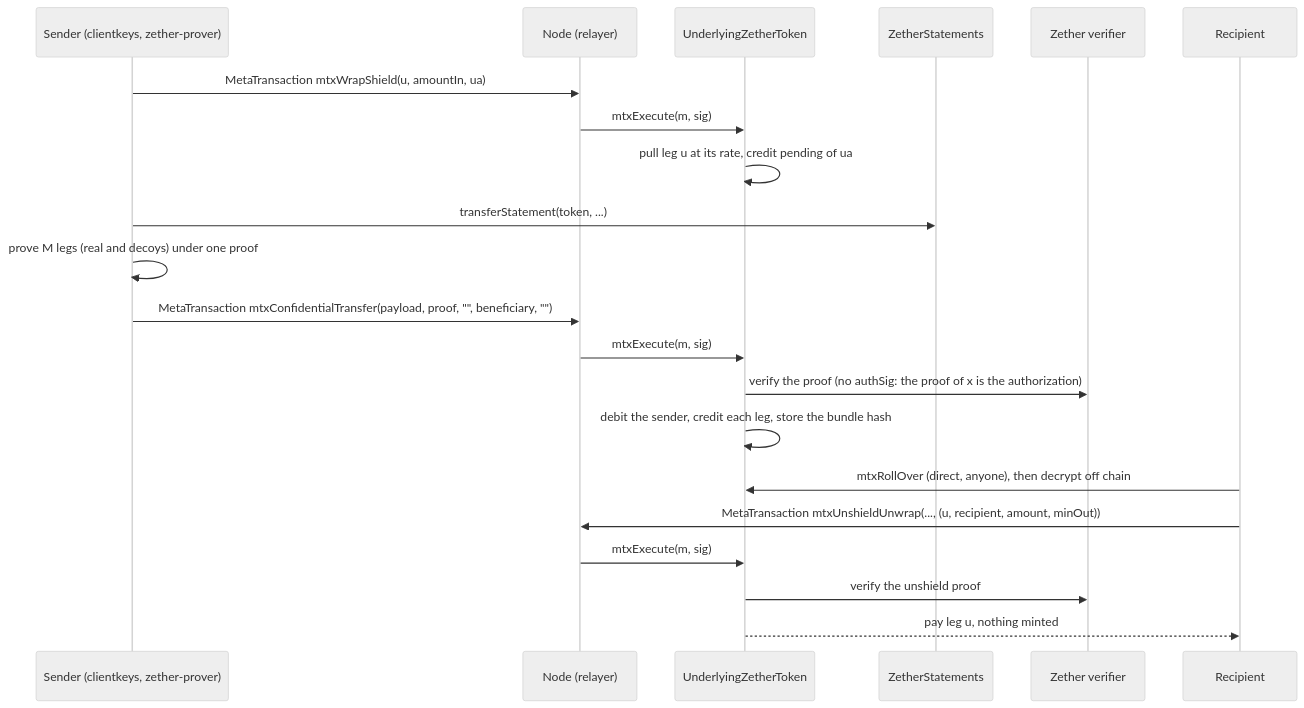
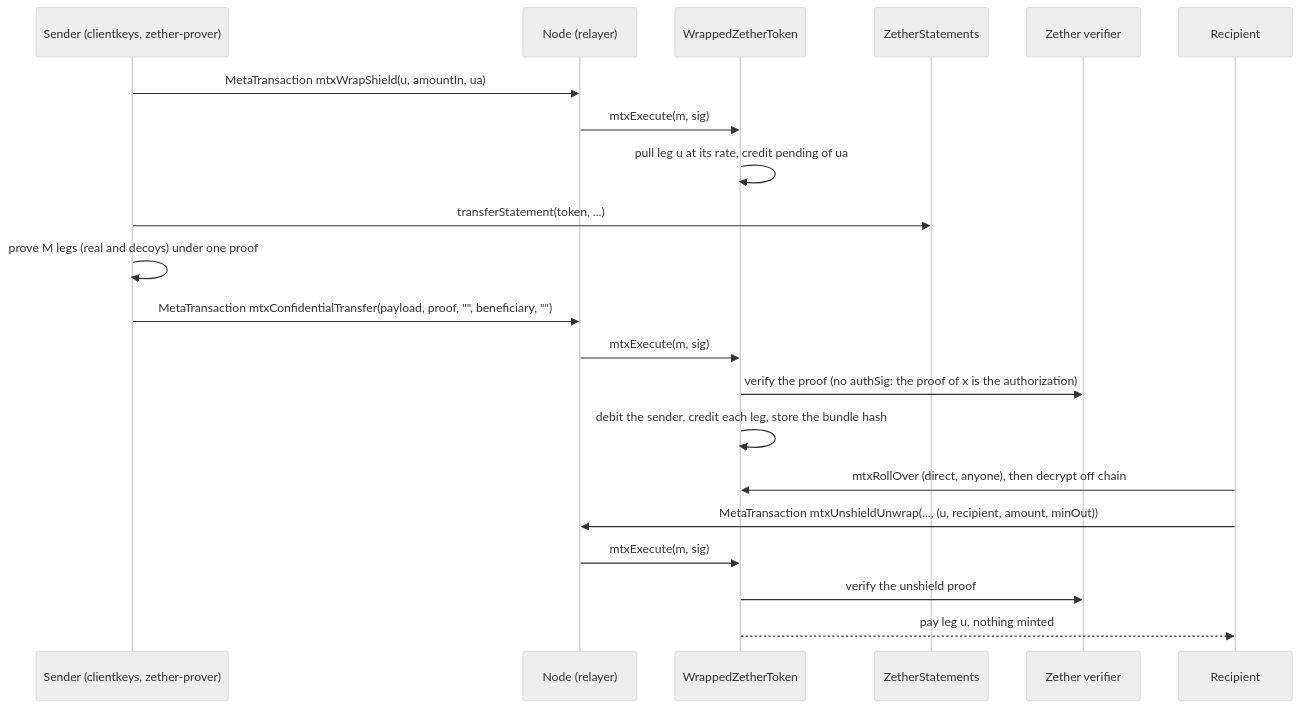
Before and after one commit to dinhduongha/scaas: diagram 11 of 12 in docs/architecture.md, drawn with Mermaid (neutral theme). The commit also changed other lines of this file and 53 other files, not shown here.

````diff
--- a/docs/architecture.md
+++ b/docs/architecture.md
@@ -750,23 +750,23 @@
 ```mermaid
 sequenceDiagram
     participant SND as Sender (clientkeys, zether-prover)
     participant RLY as Node (relayer)
-    participant TOK as UnderlyingZetherToken
+    participant TOK as WrappedZetherToken
     participant STM as ZetherStatements
     participant VER as Zether verifier
     participant RCV as Recipient
     SND->>RLY: MetaTransaction mtxWrapShield(u, amountIn, ua)
     RLY->>TOK: mtxExecute(m, sig)
     TOK->>TOK: pull leg u at its rate, credit pending of ua
     SND->>STM: transferStatement(token, ...)
     SND->>SND: prove M legs (real and decoys) under one proof
     SND->>RLY: MetaTransaction mtxConfidentialTransfer(payload, proof, "", beneficiary, "")
     RLY->>TOK: mtxExecute(m, sig)
     TOK->>VER: verify the proof (no authSig: the proof of x is the authorization)
     TOK->>TOK: debit the sender, credit each leg, store the bundle hash
     RCV->>TOK: mtxRollOver (direct, anyone), then decrypt off chain
     RCV->>RLY: MetaTransaction mtxUnshieldUnwrap(..., (u, recipient, amount, minOut))
     RLY->>TOK: mtxExecute(m, sig)
     TOK->>VER: verify the unshield proof
     TOK-->>RCV: pay leg u, nothing minted
 ```
````
